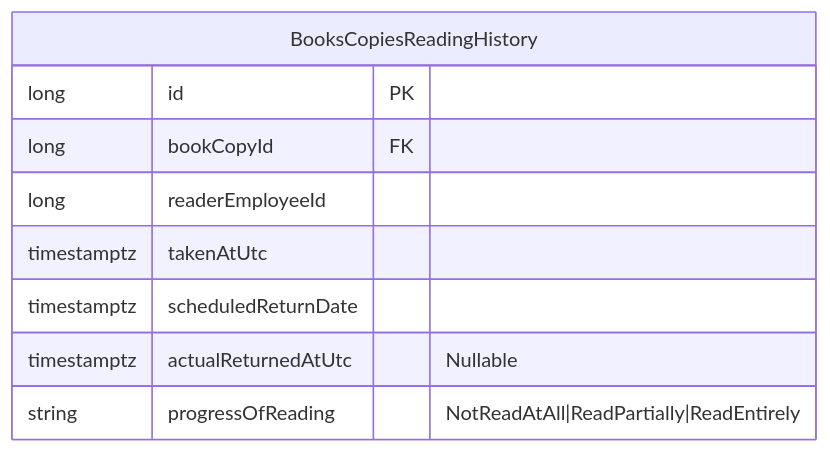
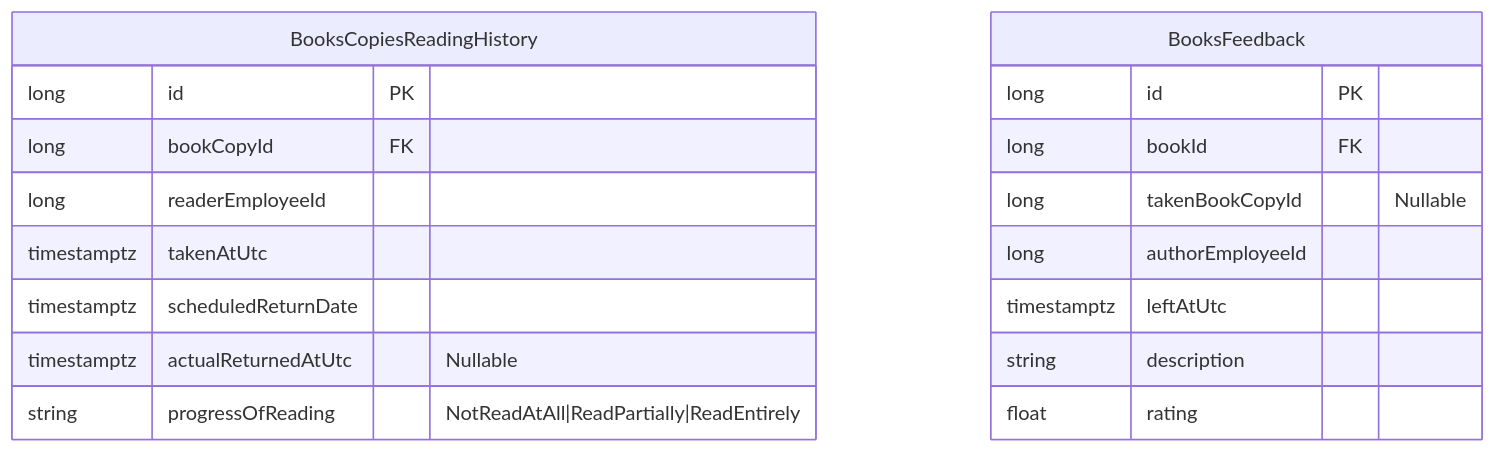
Before and after one commit to TourmalineCore/inner-circle-documentation: the fifth of 5 diagrams in books-api/Book Copies ADR.md, drawn with Mermaid. The commit also changed other lines of this file, not shown here.

Commit message:
chore: books feedback brainstorm

````diff
--- a/books-api/Book Copies ADR.md
+++ b/books-api/Book Copies ADR.md
@@ -160,12 +162,21 @@
 ```mermaid
 erDiagram
     BooksCopiesReadingHistory {
         long id PK
         long bookCopyId FK
         long readerEmployeeId
         timestamptz takenAtUtc
         timestamptz sсheduledReturnDate
         timestamptz actualReturnedAtUtc "Nullable"
         string progressOfReading "NotReadAtAll|ReadPartially|ReadEntirely"
     }
+    BooksFeedback {
+        long id PK
+        long bookId FK
+        long takenBookCopyId "Nullable"
+        long authorEmployeeId
+        timestamptz leftAtUtc
+        string description
+        float rating
+    }
 ```
````
